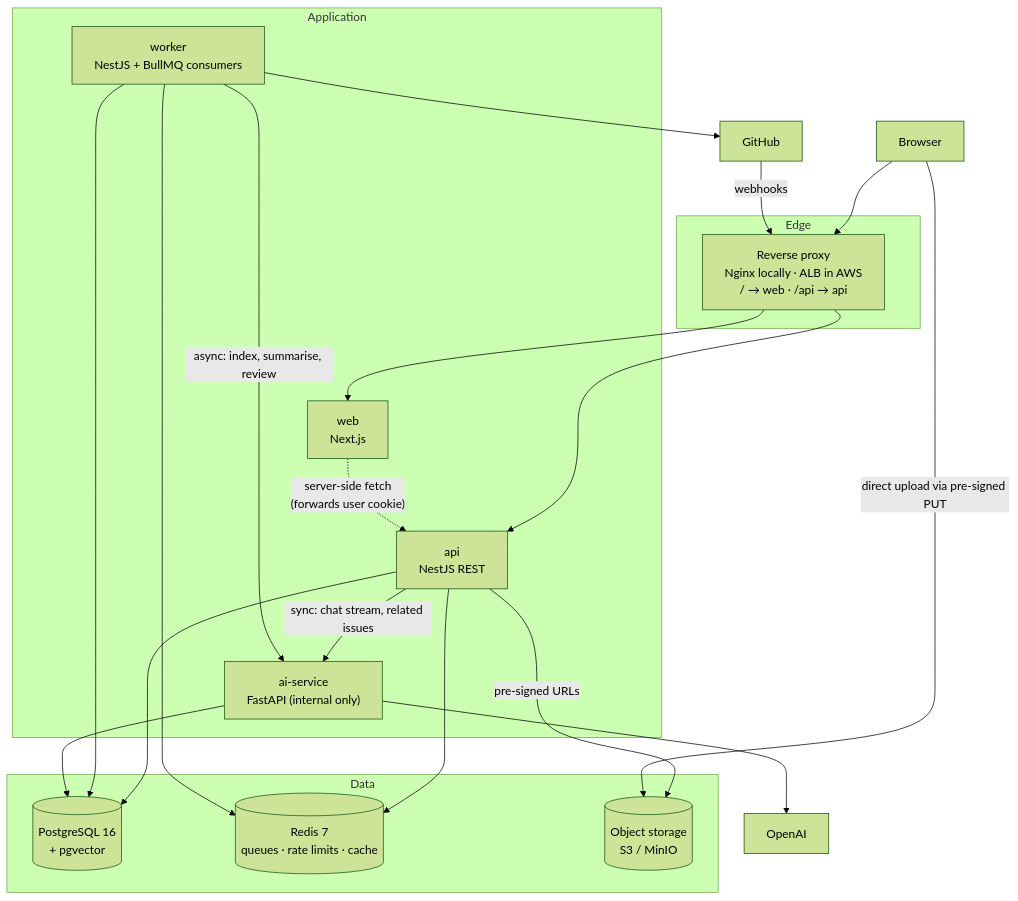
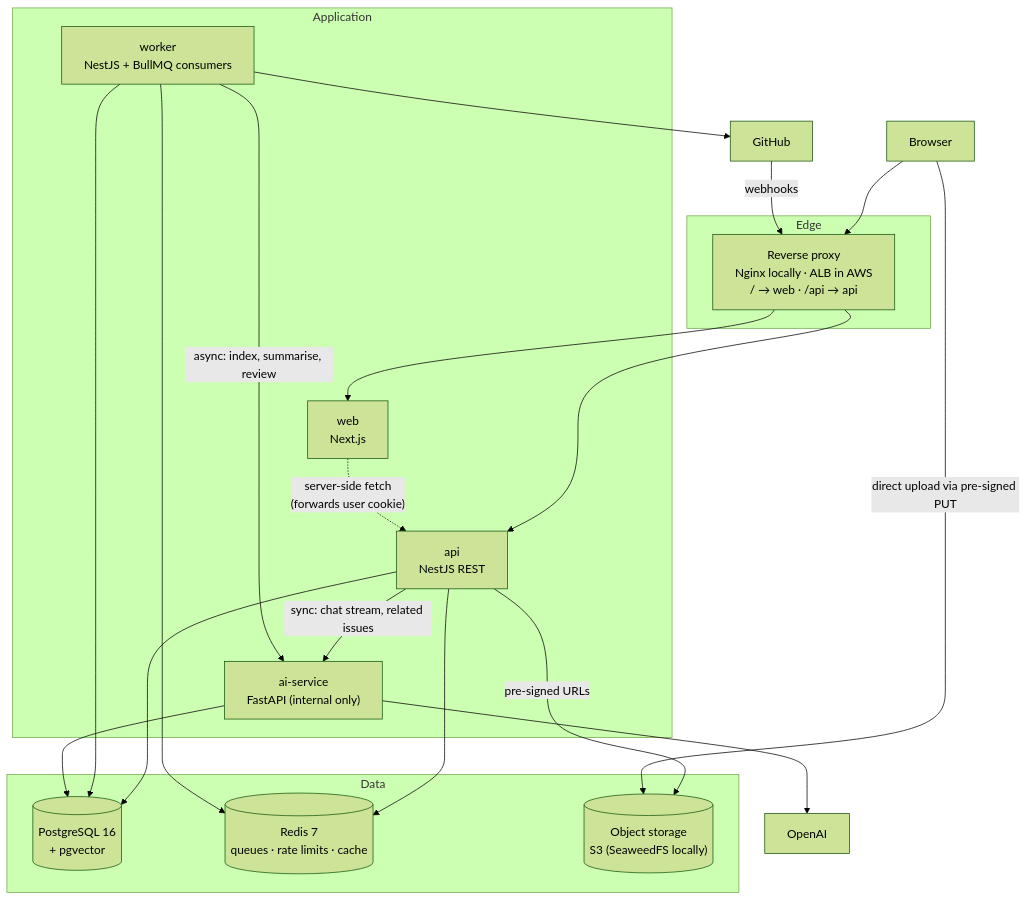
Before and after one commit to vishalreddy9514/forge-engineering-platform: the second of 8 diagrams in docs/architecture.md, drawn with Mermaid (forest theme). The commit also changed other lines of this file and 71 other files, not shown here.

````diff
--- a/docs/architecture.md
+++ b/docs/architecture.md
@@ -53,41 +53,41 @@
 ```mermaid
 flowchart TB
     browser["Browser"]
 
     subgraph edge["Edge"]
         proxy["Reverse proxy<br/>Nginx locally · ALB in AWS<br/>/ → web · /api → api"]
     end
 
     subgraph app["Application"]
         web["web<br/>Next.js"]
         api["api<br/>NestJS REST"]
         worker["worker<br/>NestJS + BullMQ consumers"]
         ai["ai-service<br/>FastAPI (internal only)"]
     end
 
     subgraph data["Data"]
         pg[("PostgreSQL 16<br/>+ pgvector")]
         redis[("Redis 7<br/>queues · rate limits · cache")]
-        s3[("Object storage<br/>S3 / MinIO")]
+        s3[("Object storage<br/>S3 (SeaweedFS locally)")]
     end
 
     ext_gh["GitHub"]
     ext_ai["OpenAI"]
 
     browser --> proxy
     proxy --> web
     proxy --> api
     web -. "server-side fetch<br/>(forwards user cookie)" .-> api
     api --> pg
     api --> redis
     api -->|"pre-signed URLs"| s3
     browser -->|"direct upload via pre-signed PUT"| s3
     api -->|"sync: chat stream, related issues"| ai
     worker --> redis
     worker --> pg
     worker -->|"async: index, summarise, review"| ai
     worker --> ext_gh
     ai --> pg
     ai --> ext_ai
     ext_gh -->|"webhooks"| proxy
 ```
````
